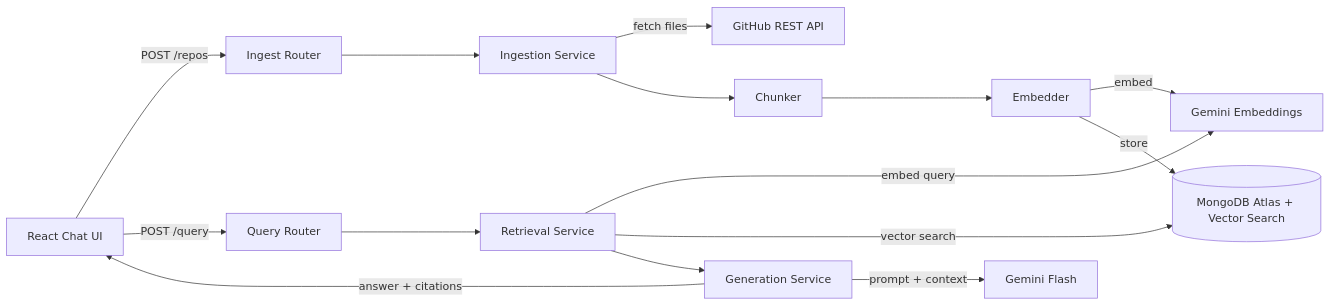
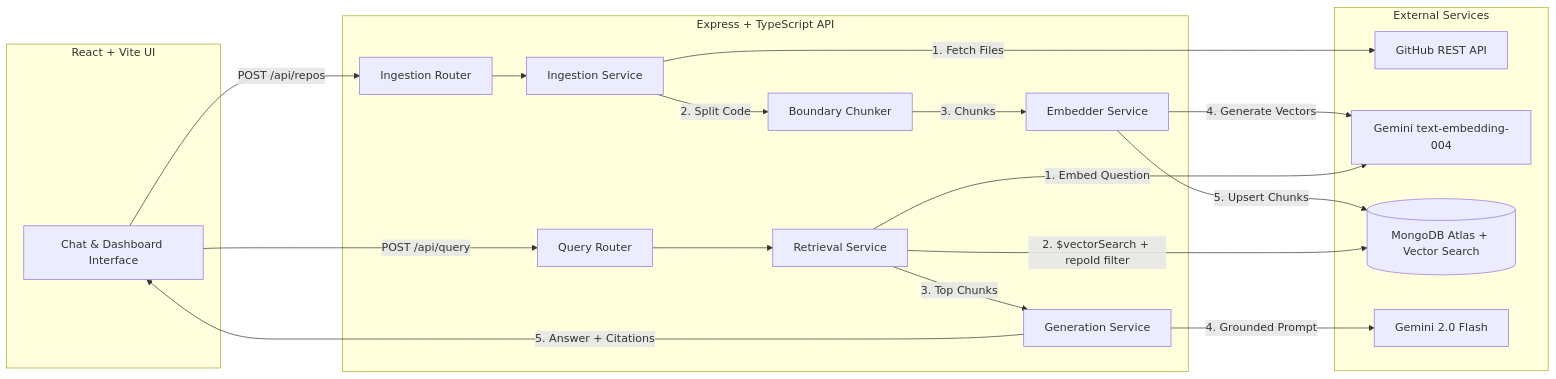
The diagram in README.md (rohansapate21/AIcodebaseAssistant), drawn with Mermaid before and after one commit. The commit also changed other lines of this file and 9 other files, not shown here.

````diff
--- a/README.md
+++ b/README.md
@@ -19,14 +32,39 @@
 ```mermaid
 flowchart LR
-  UI[React Chat UI] -->|POST /repos| IR[Ingest Router] --> ING[Ingestion Service]
-  ING -->|fetch files| GH[GitHub REST API]
-  ING --> CHK[Chunker] --> EMB[Embedder]
-  EMB -->|embed| EMAPI[Gemini Embeddings]
-  EMB -->|store| MDB[(MongoDB Atlas + Vector Search)]
-  UI -->|POST /query| QR[Query Router] --> RET[Retrieval Service]
-  RET -->|embed query| EMAPI
-  RET -->|vector search| MDB
-  RET --> GEN[Generation Service]
-  GEN -->|prompt + context| LLMAPI[Gemini Flash]
-  GEN -->|answer + citations| UI
+  subgraph Frontend [React + Vite UI]
+    UI[Chat & Dashboard Interface]
+  end
+
+  subgraph Backend [Express + TypeScript API]
+    IR[Ingestion Router]
+    ING[Ingestion Service]
+    CHK[Boundary Chunker]
+    EMB[Embedder Service]
+    QR[Query Router]
+    RET[Retrieval Service]
+    GEN[Generation Service]
+  end
+
+  subgraph External [External Services]
+    GH[GitHub REST API]
+    GEM_EMB[Gemini text-embedding-004]
+    MDB[(MongoDB Atlas + Vector Search)]
+    GEM_LLM[Gemini 2.0 Flash]
+  end
+
+  UI -->|POST /api/repos| IR
+  IR --> ING
+  ING -->|1. Fetch Files| GH
+  ING -->|2. Split Code| CHK
+  CHK -->|3. Chunks| EMB
+  EMB -->|4. Generate Vectors| GEM_EMB
+  EMB -->|5. Upsert Chunks| MDB
+
+  UI -->|POST /api/query| QR
+  QR --> RET
+  RET -->|1. Embed Question| GEM_EMB
+  RET -->|2. $vectorSearch + repoId filter| MDB
+  RET -->|3. Top Chunks| GEN
+  GEN -->|4. Grounded Prompt| GEM_LLM
+  GEN -->|5. Answer + Citations| UI
 ```
````
